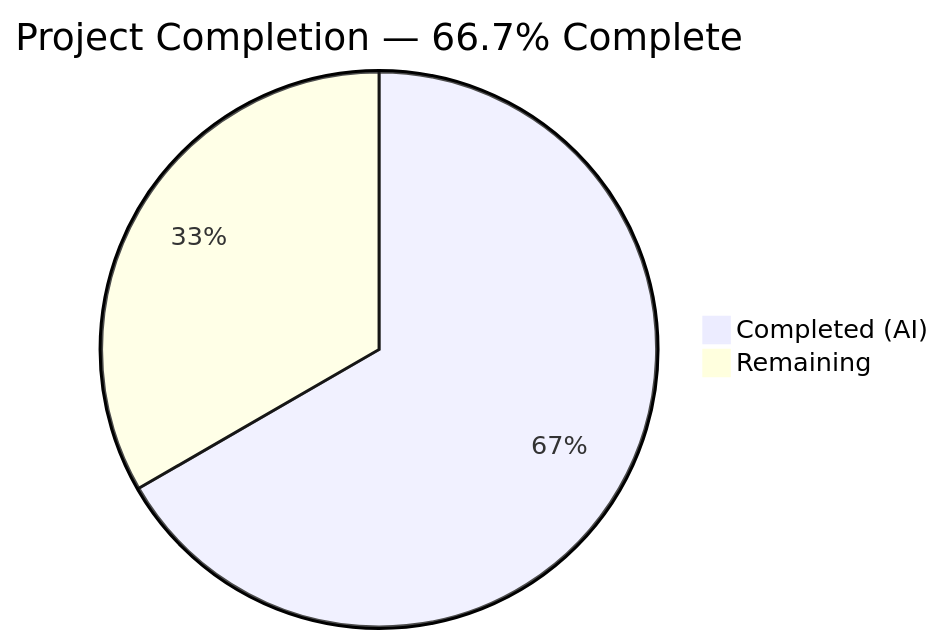
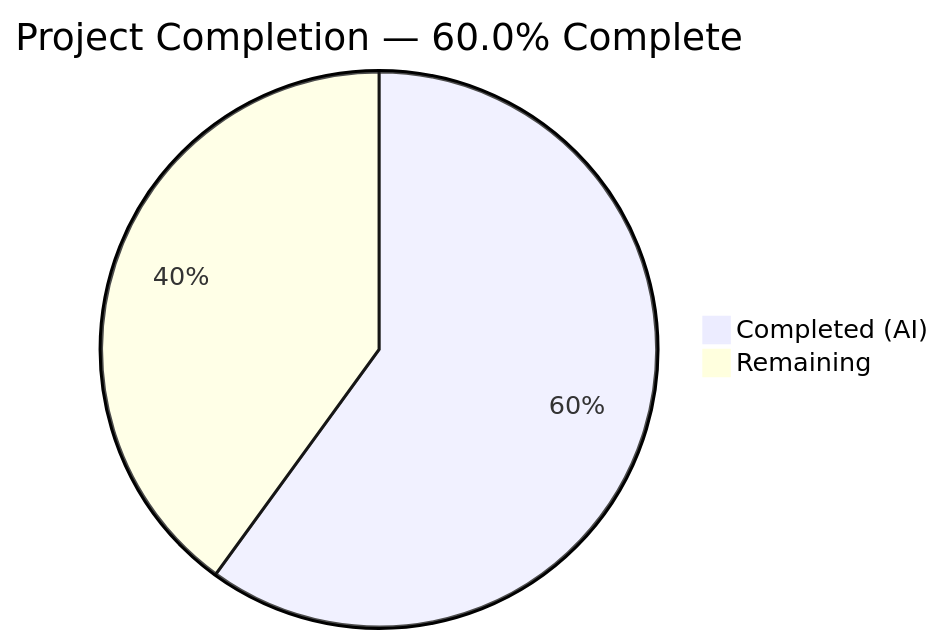
The first of 2 diagrams in blitzy/documentation/Project Guide.md (TestadoBlitzy/Existing-product), drawn with Mermaid before and after one commit. The commit also changed other lines of this file, not shown here.

Commit message:
Adding Blitzy Project Guide: Project Status and Human Tasks Remaining

````diff
--- a/blitzy/documentation/Project Guide.md
+++ b/blitzy/documentation/Project Guide.md
@@ -14,5 +13,5 @@
 ```mermaid
-pie title Project Completion — 66.7% Complete
-    "Completed (AI)" : 4
+pie title Project Completion — 60.0% Complete
+    "Completed (AI)" : 3
     "Remaining" : 2
 ```
````
